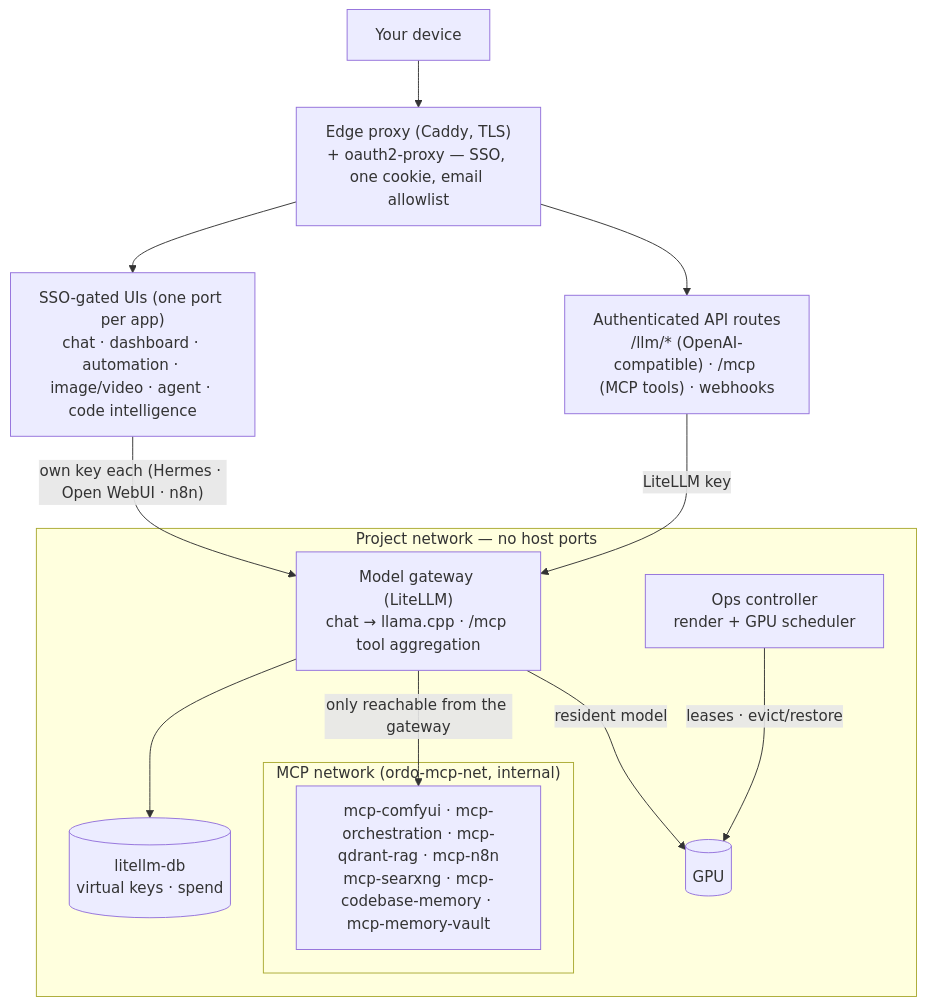
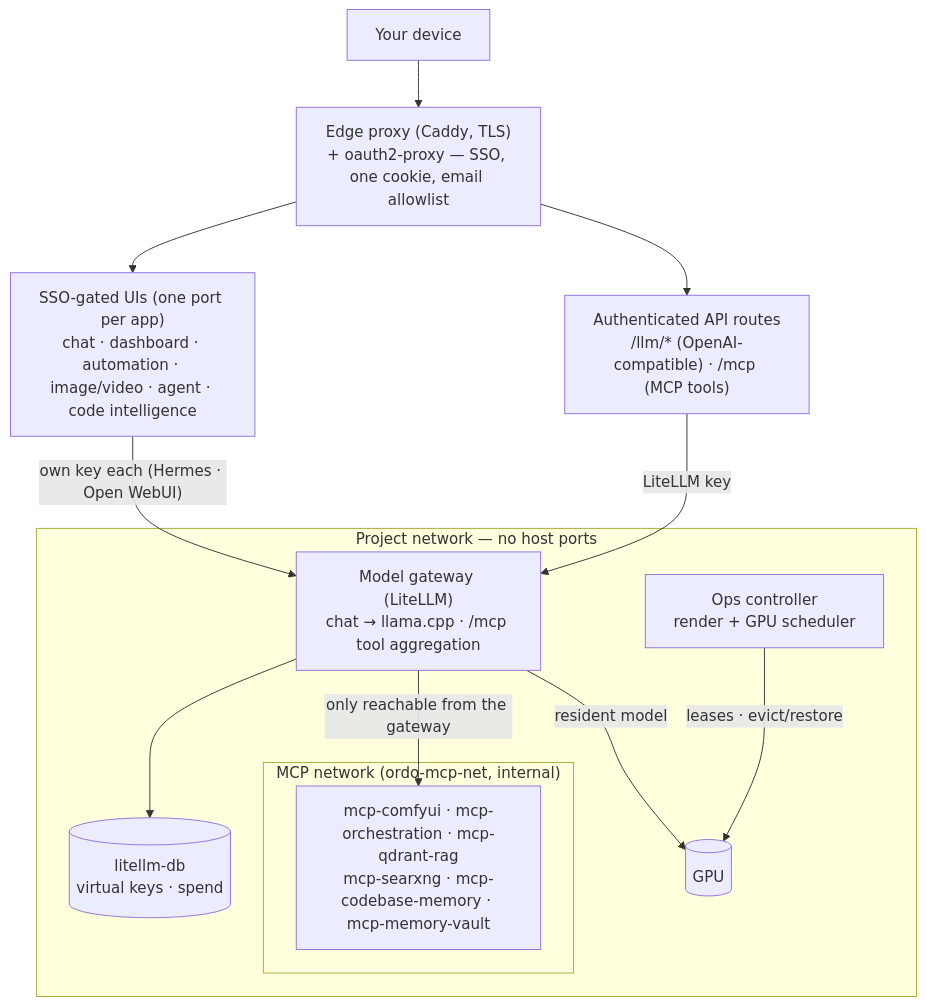
One commit to AlienWalker1995/Ordo-AI-Stack changed the second of 2 diagrams in README.md. Above: the diagram before and after it, drawn with Mermaid. The commit also changed other lines of this file and 70 other files, not shown here.

````diff
--- a/README.md
+++ b/README.md
@@ -128,21 +127,21 @@
 ```mermaid
 flowchart TB
     U["Your device"] --> E["Edge proxy (Caddy, TLS)<br/>+ oauth2-proxy — SSO, one cookie, email allowlist"]
     E --> UIs["SSO-gated UIs (one port per app)<br/>chat · dashboard · automation · image/video · agent · code intelligence"]
-    E --> API["Authenticated API routes<br/>/llm/* (OpenAI-compatible) · /mcp (MCP tools) · webhooks"]
+    E --> API["Authenticated API routes<br/>/llm/* (OpenAI-compatible) · /mcp (MCP tools)"]
     subgraph internal["Project network — no host ports"]
         MG["Model gateway (LiteLLM)<br/>chat → llama.cpp · /mcp tool aggregation"]
         DB[("litellm-db<br/>virtual keys · spend")]
         OPS["Ops controller<br/>render + GPU scheduler"]
         GPU[("GPU")]
         subgraph mcpnet["MCP network (ordo-mcp-net, internal)"]
-            MCPS["mcp-comfyui · mcp-orchestration · mcp-qdrant-rag · mcp-n8n<br/>mcp-searxng · mcp-codebase-memory · mcp-memory-vault"]
+            MCPS["mcp-comfyui · mcp-orchestration · mcp-qdrant-rag<br/>mcp-searxng · mcp-codebase-memory · mcp-memory-vault"]
         end
     end
-    UIs -- "own key each (Hermes · Open WebUI · n8n)" --> MG
+    UIs -- "own key each (Hermes · Open WebUI)" --> MG
     API -- "LiteLLM key" --> MG
     MG --> DB
     MG -- "only reachable from the gateway" --> MCPS
     OPS -- "leases · evict/restore" --> GPU
     MG -- "resident model" --> GPU
 ```
````
